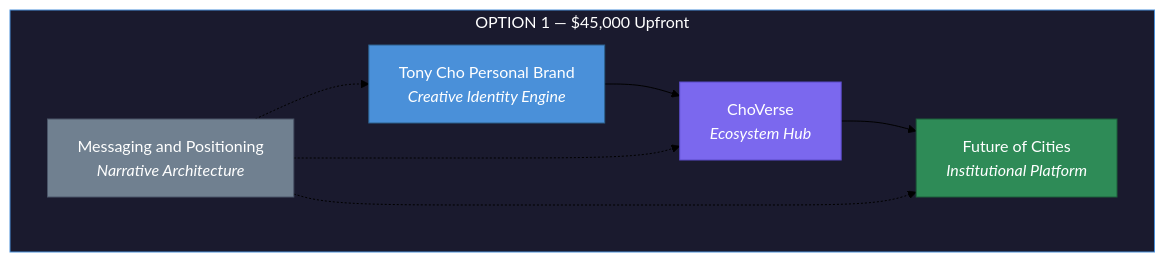
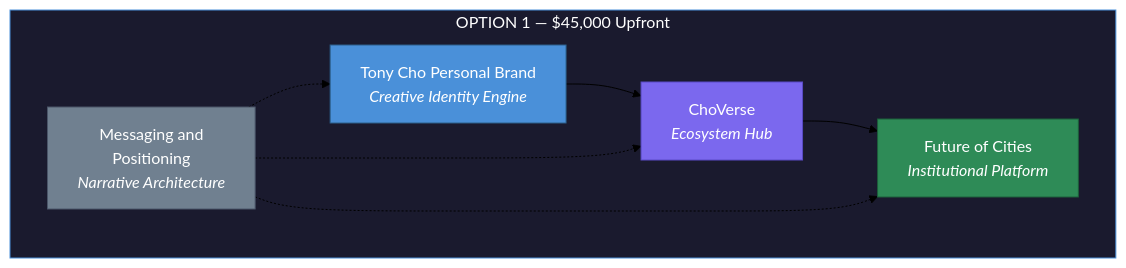
Before and after one commit to Light-Brands/brand-factory: the fifth of 11 diagrams in brands-reorg/cho-ventures-ai/spec/pricing/final-pricing-strategy.md, drawn with Mermaid (forest theme). The commit also changed other lines of this file and 1 other file, not shown here.

First line of the commit message:
Fix Mermaid diagram text wrapping to prevent label cutoff

````diff
--- a/brands-reorg/cho-ventures-ai/spec/pricing/final-pricing-strategy.md
+++ b/brands-reorg/cho-ventures-ai/spec/pricing/final-pricing-strategy.md
@@ -390,21 +390,21 @@
 ```mermaid
 flowchart TD
     subgraph OPT1["OPTION 1 — $45,000 Upfront"]
         TC["Tony Cho Personal Brand<br/><i>Creative Identity Engine</i>"]
         CV["ChoVerse<br/><i>Ecosystem Hub</i>"]
         FOC["Future of Cities<br/><i>Institutional Platform</i>"]
-        MSG["Messaging and Positioning<br/><i>Narrative Architecture</i>"]
+        MSG["Messaging and<br/>Positioning<br/><i>Narrative Architecture</i>"]
     end
 
     TC --> CV
     CV --> FOC
     MSG -.-> TC
     MSG -.-> CV
     MSG -.-> FOC
 
     style TC fill:#4A90D9,stroke:#2C5F8A,color:#fff
     style CV fill:#7B68EE,stroke:#5A4BC7,color:#fff
     style FOC fill:#2E8B57,stroke:#1D5E3A,color:#fff
     style MSG fill:#708090,stroke:#4A5568,color:#fff
     style OPT1 fill:#1a1a2e,stroke:#4A90D9,color:#fff
 ```
````
